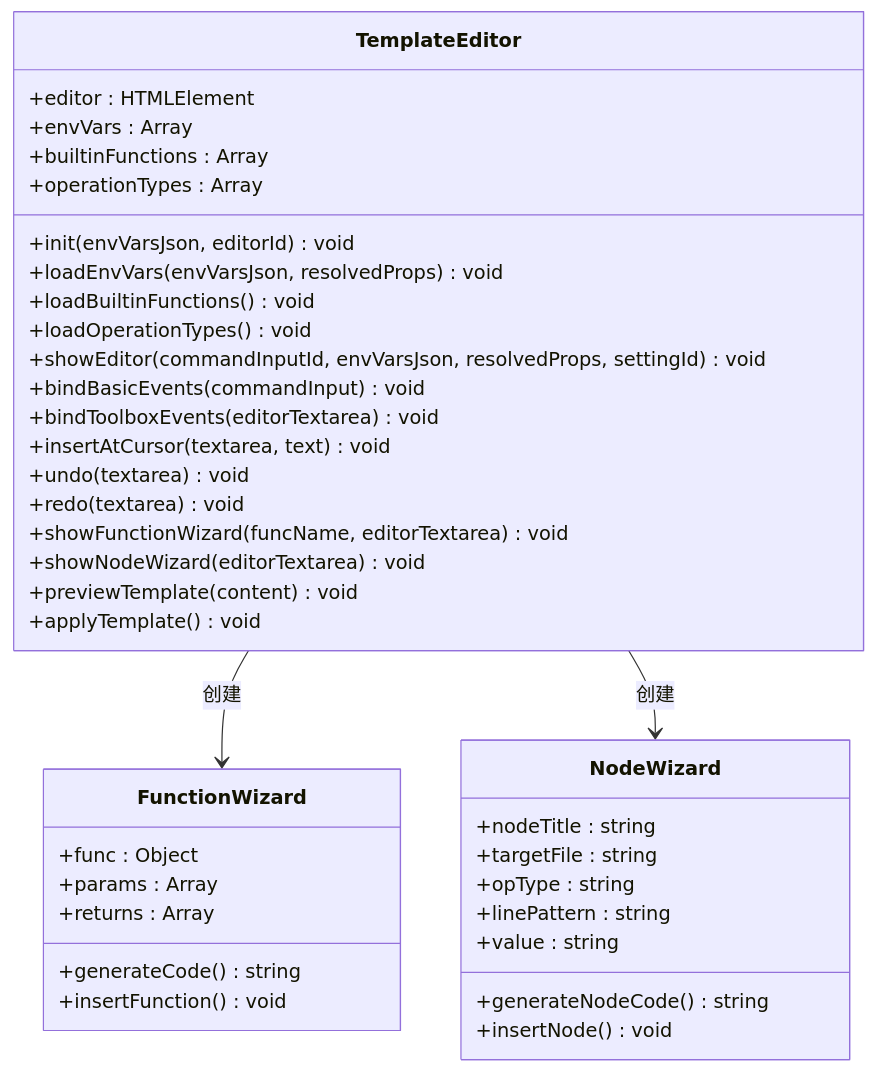
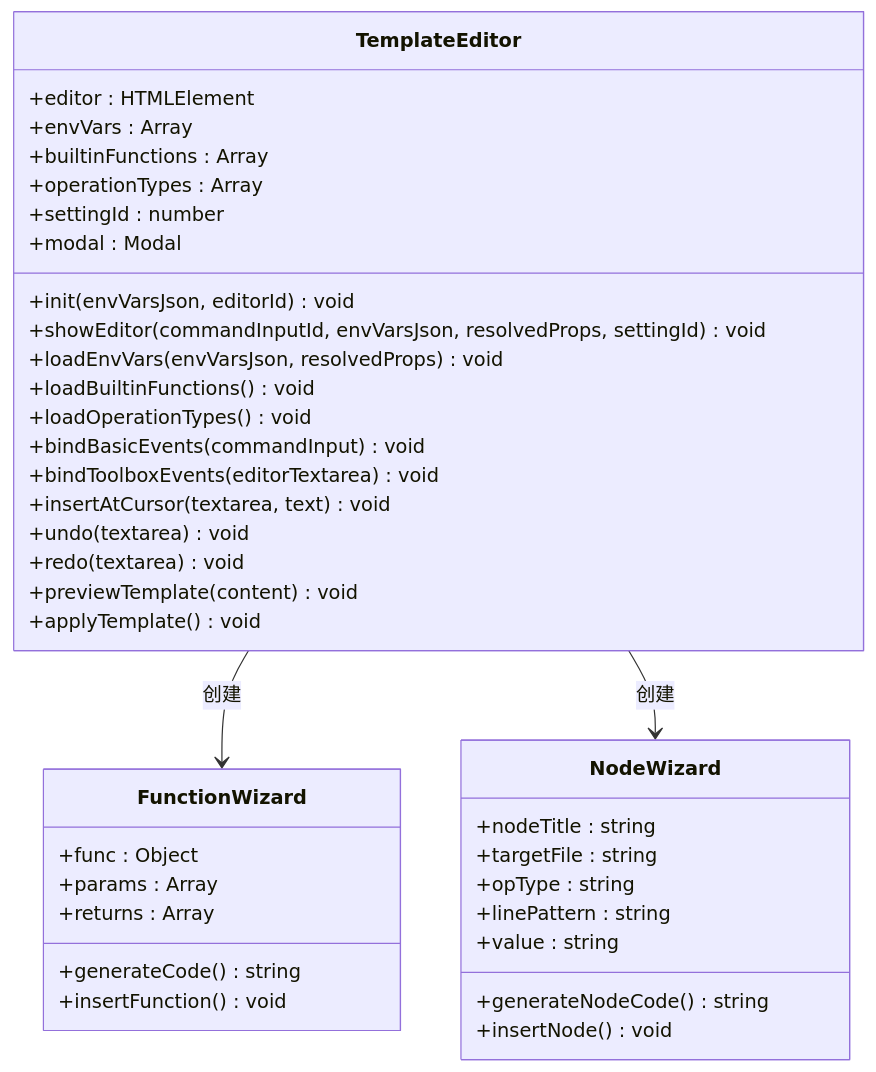
One commit to Sosososolong/AirGo changed the fifth of 7 diagrams in .qoder/repowiki/zh/content/项目概述/核心特性/工具库系统/文件操作工具/可视化模板编辑器系统.md. Above: the diagram before and after it, drawn with Mermaid. The commit also changed other lines of this file and 3 other files, not shown here.

````diff
--- a/.qoder/repowiki/zh/content/项目概述/核心特性/工具库系统/文件操作工具/可视化模板编辑器系统.md
+++ b/.qoder/repowiki/zh/content/项目概述/核心特性/工具库系统/文件操作工具/可视化模板编辑器系统.md
@@ -273,41 +269,41 @@
 ```mermaid
 classDiagram
 class TemplateEditor {
 +editor : HTMLElement
 +envVars : Array
 +builtinFunctions : Array
 +operationTypes : Array
++settingId : number
++modal : Modal
 +init(envVarsJson, editorId) void
++showEditor(commandInputId, envVarsJson, resolvedProps, settingId) void
 +loadEnvVars(envVarsJson, resolvedProps) void
 +loadBuiltinFunctions() void
 +loadOperationTypes() void
-+showEditor(commandInputId, envVarsJson, resolvedProps, settingId) void
 +bindBasicEvents(commandInput) void
 +bindToolboxEvents(editorTextarea) void
 +insertAtCursor(textarea, text) void
 +undo(textarea) void
 +redo(textarea) void
-+showFunctionWizard(funcName, editorTextarea) void
-+showNodeWizard(editorTextarea) void
 +previewTemplate(content) void
 +applyTemplate() void
 }
 class FunctionWizard {
 +func : Object
 +params : Array
 +returns : Array
 +generateCode() string
 +insertFunction() void
 }
 class NodeWizard {
 +nodeTitle : string
 +targetFile : string
 +opType : string
 +linePattern : string
 +value : string
 +generateNodeCode() string
 +insertNode() void
 }
 TemplateEditor --> FunctionWizard : 创建
 TemplateEditor --> NodeWizard : 创建
 ```
````
